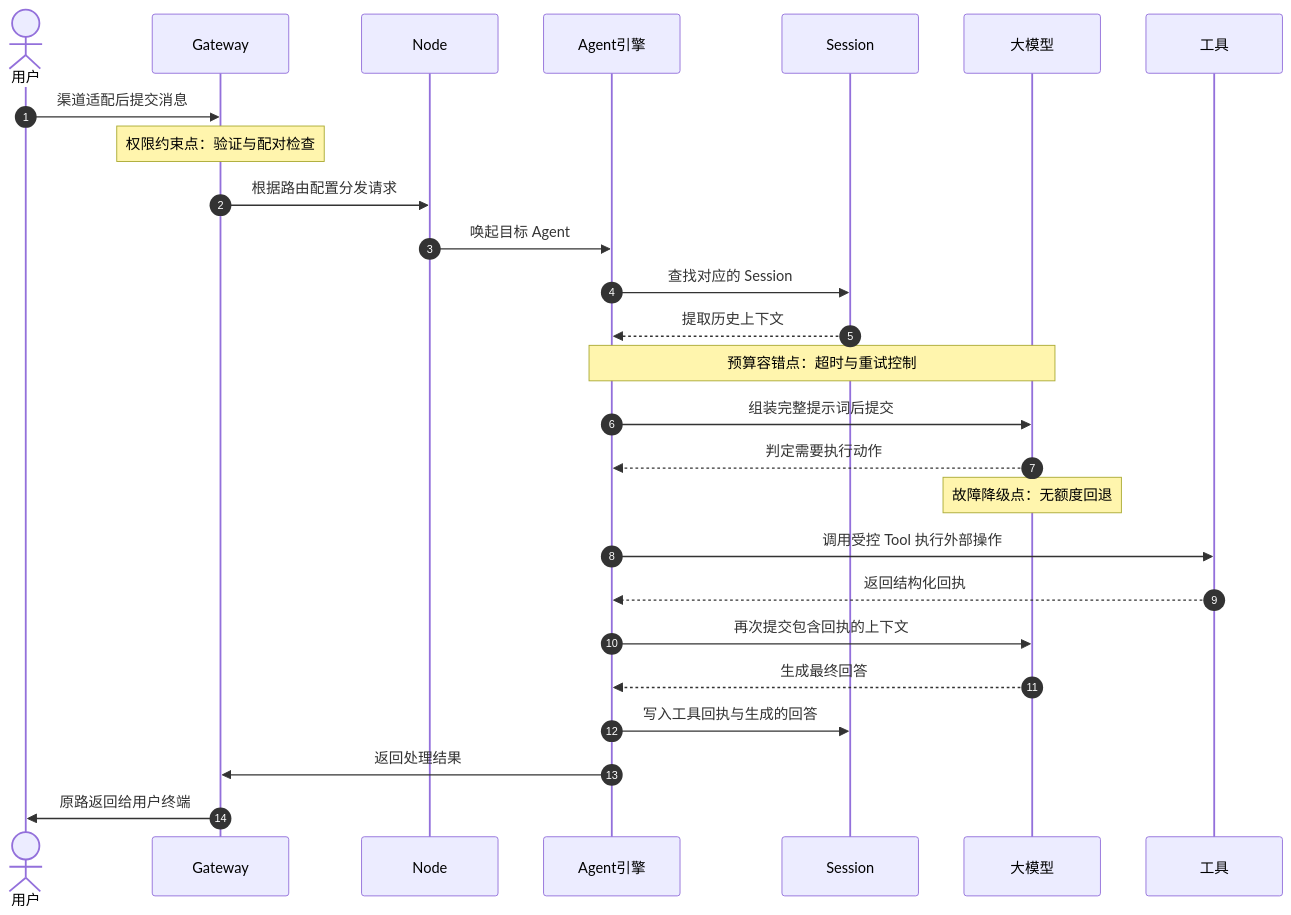
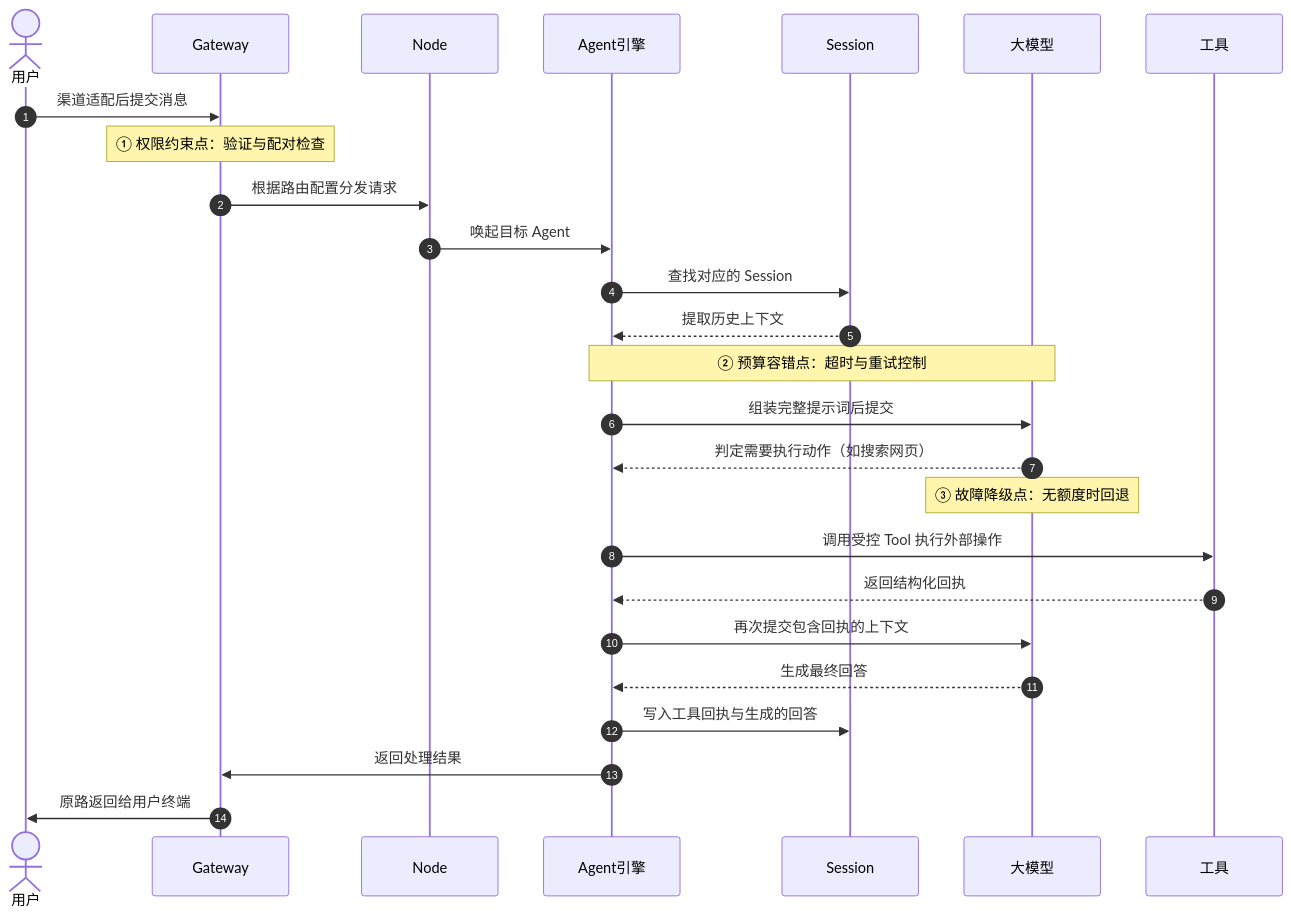
One commit to yeasy/openclaw_guide changed the second of 3 diagrams in 01_overview/1.2_architecture.md. Above: the diagram before and after it, drawn with Mermaid. The commit also changed other lines of this file, not shown here.

````diff
--- a/01_overview/1.2_architecture.md
+++ b/01_overview/1.2_architecture.md
@@ -78,29 +146,29 @@
 ```mermaid
 sequenceDiagram
     autonumber
     actor User as 用户
     participant Gateway
     participant Node
     participant Agent as Agent引擎
     participant Session
     participant Model as 大模型
     participant Tool as 工具
 
     User->>Gateway: 渠道适配后提交消息
-    Note over Gateway: 权限约束点：验证与配对检查
+    Note over Gateway: ① 权限约束点：验证与配对检查
     Gateway->>Node: 根据路由配置分发请求
     Node->>Agent: 唤起目标 Agent
     Agent->>Session: 查找对应的 Session
     Session-->>Agent: 提取历史上下文
-    Note over Agent,Model: 预算容错点：超时与重试控制
+    Note over Agent,Model: ② 预算容错点：超时与重试控制
     Agent->>Model: 组装完整提示词后提交
-    Model-->>Agent: 判定需要执行动作
-    Note over Model: 故障降级点：无额度回退
+    Model-->>Agent: 判定需要执行动作（如搜索网页）
+    Note over Model: ③ 故障降级点：无额度时回退
     Agent->>Tool: 调用受控 Tool 执行外部操作
     Tool-->>Agent: 返回结构化回执
     Agent->>Model: 再次提交包含回执的上下文
     Model-->>Agent: 生成最终回答
     Agent->>Session: 写入工具回执与生成的回答
     Agent->>Gateway: 返回处理结果
     Gateway->>User: 原路返回给用户终端
 ```
````
